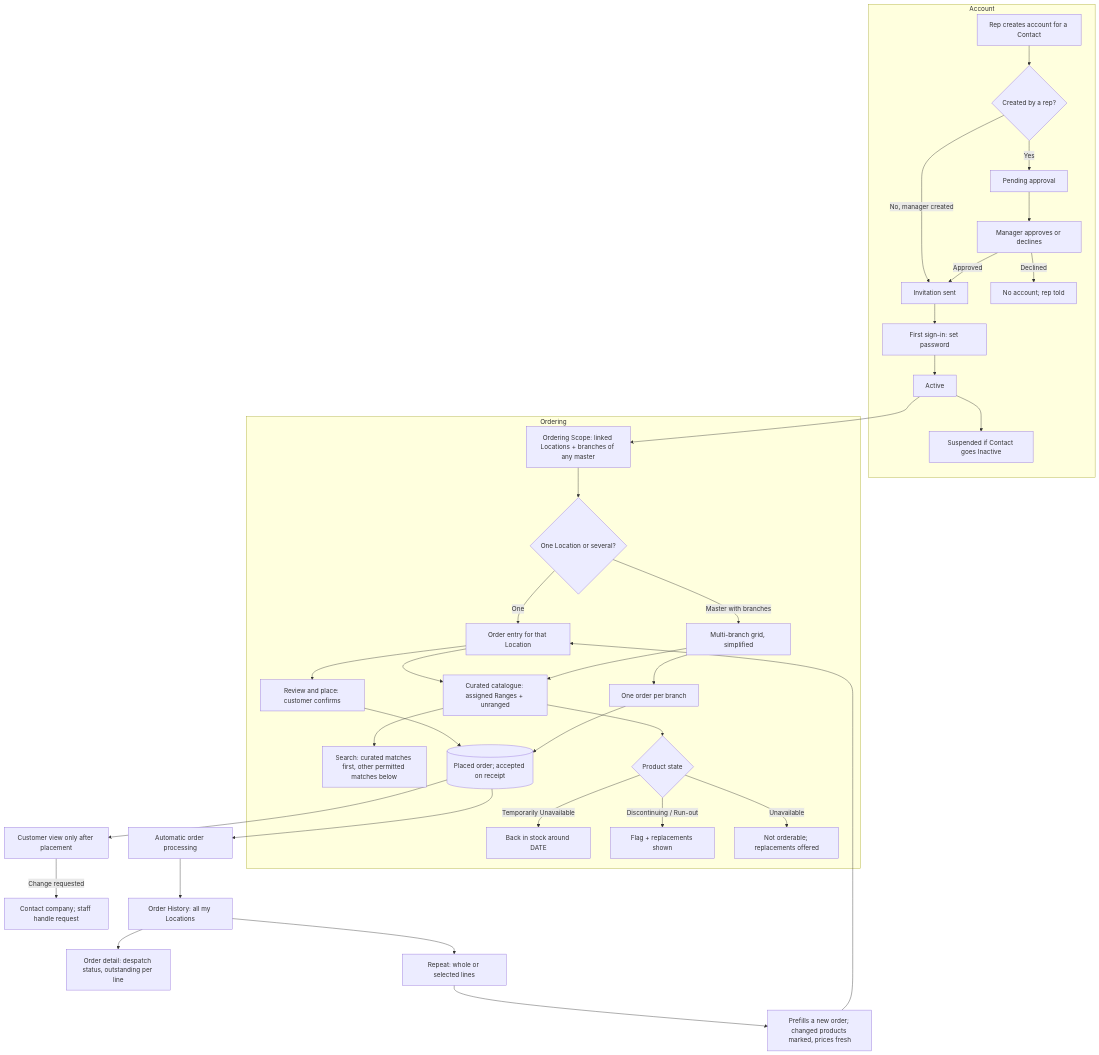
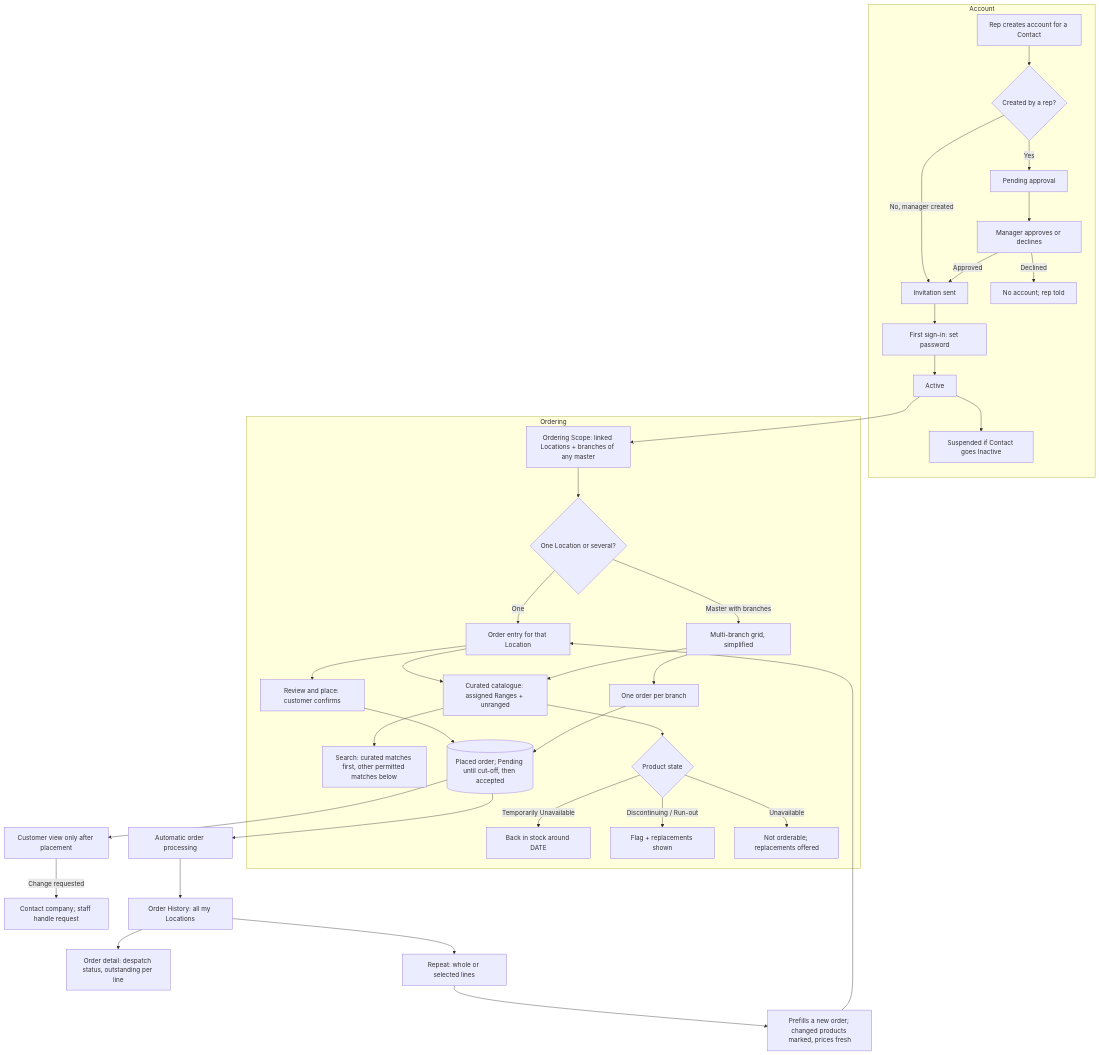
The diagram in plan_docs/stories/self-service.md (ColmKenna/field_sales_stories), drawn with Mermaid before and after one commit. The commit also changed other lines of this file and 8 other files, not shown here.

First line of the commit message:
Add order cut-off, Hold/Reject and R-04; settle H-06, resolve head office questions

````diff
--- a/plan_docs/stories/self-service.md
+++ b/plan_docs/stories/self-service.md
@@ -89,36 +89,36 @@
 ```mermaid
 flowchart TD
     subgraph Account
         Rep[Rep creates account for a Contact] --> App{Created by a rep?}
         App -->|Yes| Pend[Pending approval] --> Mgr[Manager approves or declines]
         App -->|No, manager created| Inv
         Mgr -->|Approved| Inv[Invitation sent]
         Mgr -->|Declined| Gone[No account; rep told]
         Inv --> First[First sign-in: set password] --> Active[Active]
         Active --> Susp[Suspended if Contact goes Inactive]
     end
 
     subgraph Ordering
         Active --> Scope[Ordering Scope: linked Locations + branches of any master]
         Scope --> Pick{One Location or several?}
         Pick -->|One| Single[Order entry for that Location]
         Pick -->|Master with branches| Grid[Multi-branch grid, simplified]
         Single --> Cat[Curated catalogue: assigned Ranges + unranged]
         Grid --> Cat
         Cat --> Search[Search: curated matches first, other permitted matches below]
         Cat --> Avail{Product state}
         Avail -->|Temporarily Unavailable| Back[Back in stock around DATE]
         Avail -->|Discontinuing / Run-out| Repl[Flag + replacements shown]
         Avail -->|Unavailable| NoOrd[Not orderable; replacements offered]
-        Single --> Submit[Review and place: customer confirms] --> Pending[(Placed order; accepted on receipt)]
+        Single --> Submit[Review and place: customer confirms] --> Pending[(Placed order; Pending until cut-off, then accepted)]
         Grid --> Split[One order per branch] --> Pending
     end
 
     Pending --> HO[Automatic order processing]
     Pending --> RO[Customer view only after placement]
     RO -->|Change requested| Contact[Contact company; staff handle request]
 
     HO --> Hist[Order History: all my Locations]
     Hist --> Det[Order detail: despatch status, outstanding per line]
     Hist --> Rpt[Repeat: whole or selected lines] --> Prefill[Prefills a new order; changed products marked, prices fresh] --> Single
 ```
````
